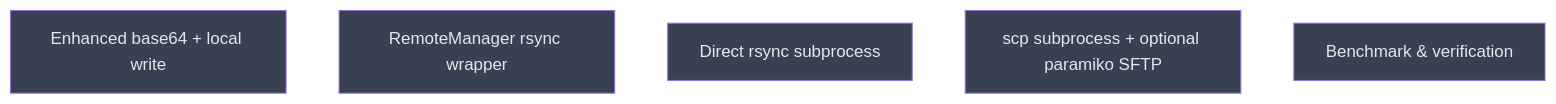
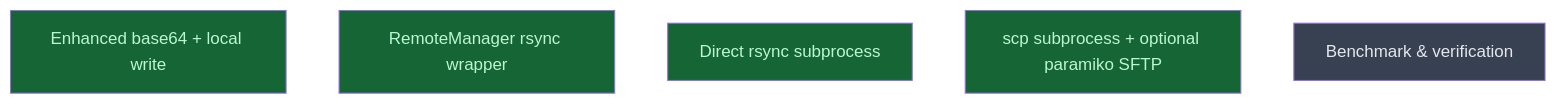
Before and after one commit to RIKEN-RCCS/Rikyu-Agent: the diagram in __roadmap__/fs-download-rework/transports/README.md, drawn with Mermaid. The commit also changed other lines of this file, not shown here.

Commit message:
docs(roadmap): mark four transport leaves done

````diff
--- a/__roadmap__/fs-download-rework/transports/README.md
+++ b/__roadmap__/fs-download-rework/transports/README.md
@@ -16,13 +16,13 @@
 ```mermaid
 graph TD
-    t_base64[Enhanced base64 + local write]:::planned
-    t_remotemanager_rsync[RemoteManager rsync wrapper]:::planned
-    t_rsync_subprocess[Direct rsync subprocess]:::planned
-    t_scp_sftp[scp subprocess + optional paramiko SFTP]:::planned
+    t_base64[Enhanced base64 + local write]:::done
+    t_remotemanager_rsync[RemoteManager rsync wrapper]:::done
+    t_rsync_subprocess[Direct rsync subprocess]:::done
+    t_scp_sftp[scp subprocess + optional paramiko SFTP]:::done
     benchmark[Benchmark & verification]:::planned
     classDef done       fill:#166534,color:#bbf7d0
     classDef inprogress fill:#854d0e,color:#fef08a
     classDef planned    fill:#374151,color:#e5e7eb
     classDef amendment  fill:#1e3a5f,color:#bfdbfe
     classDef blocked    fill:#7f1d1d,color:#fecaca
 ```
````
